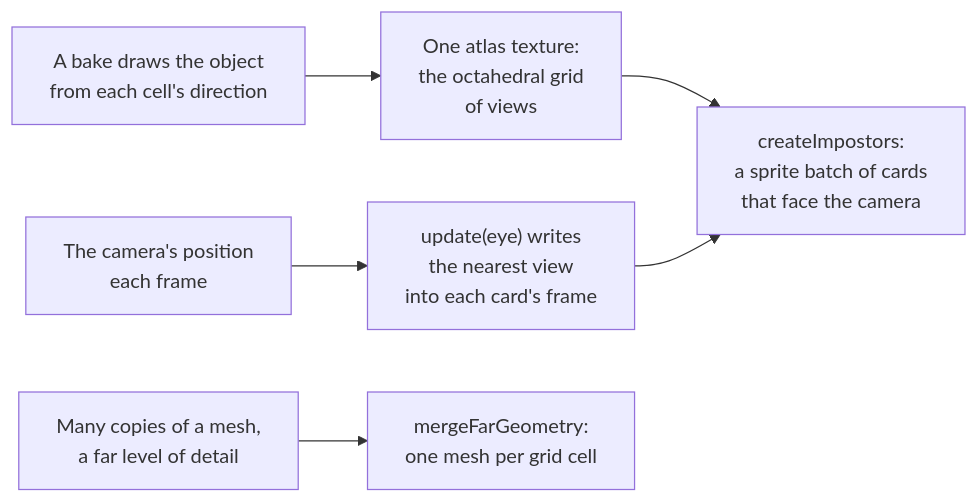
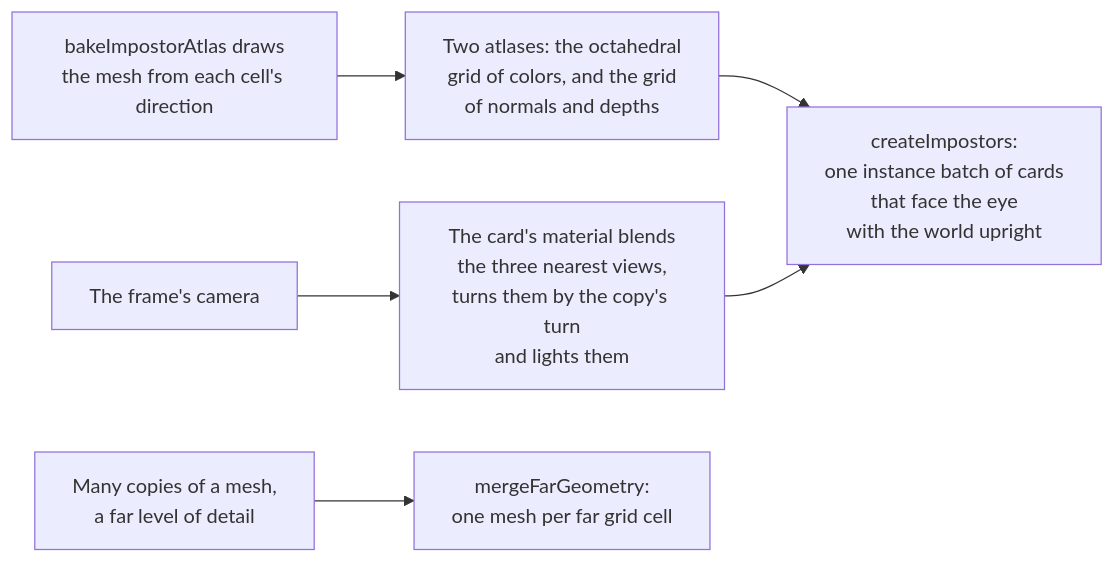
Before and after one commit to null3d-engine/null3d: the diagram in docs/api/impostors.md, drawn with Mermaid. The commit also changed other lines of this file and 5260 other files, not shown here.

First line of the commit message:
feat: the 0.2 release work for level of detail, effects, add-ons and vegetation (#549)

````diff
--- a/docs/api/impostors.md
+++ b/docs/api/impostors.md
@@ -15,8 +15,8 @@
 ```mermaid
 flowchart LR
-    views["A bake draws the object<br/>from each cell's direction"] --> atlas["One atlas texture:<br/>the octahedral grid<br/>of views"]
-    atlas --> cards["createImpostors:<br/>a sprite batch of cards<br/>that face the camera"]
-    eye["The camera's position<br/>each frame"] --> pick["update(eye) writes<br/>the nearest view<br/>into each card's frame"]
-    pick --> cards
-    copies["Many copies of a mesh,<br/>a far level of detail"] --> merge["mergeFarGeometry:<br/>one mesh per grid cell"]
+    views["bakeImpostorAtlas draws<br/>the mesh from each cell's direction"] --> atlas["Two atlases: the octahedral<br/>grid of colors, and the grid<br/>of normals and depths"]
+    atlas --> cards["createImpostors:<br/>one instance batch of cards<br/>that face the eye<br/>with the world upright"]
+    eye["The frame's camera"] --> blend["The card's material blends<br/>the three nearest views,<br/>turns them by the copy's turn<br/>and lights them"]
+    blend --> cards
+    copies["Many copies of a mesh,<br/>a far level of detail"] --> merge["mergeFarGeometry:<br/>one mesh per far grid cell"]
 ```
````
